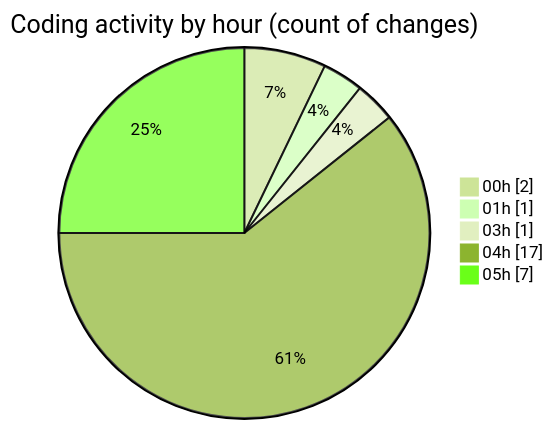
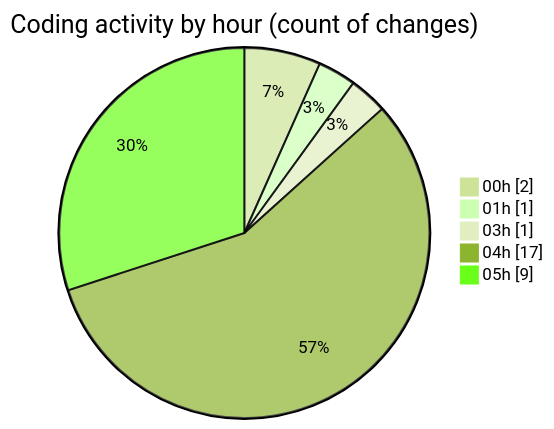
One commit to julien-gomy/code-tracking changed the second of 2 diagrams in 2025-11-14/eventscop-api-guide__workspace_/README.md. Above: the diagram before and after it, drawn with Mermaid (forest theme). The commit also changed other lines of this file and 1 other file, not shown here.

````diff
--- a/2025-11-14/eventscop-api-guide__workspace_/README.md
+++ b/2025-11-14/eventscop-api-guide__workspace_/README.md
@@ -36,9 +36,9 @@
 ```mermaid
 pie showData
 title Coding activity by hour (count of changes)
 "00h" : 2
 "01h" : 1
 "03h" : 1
 "04h" : 17
-"05h" : 7
+"05h" : 9
 ```
````
